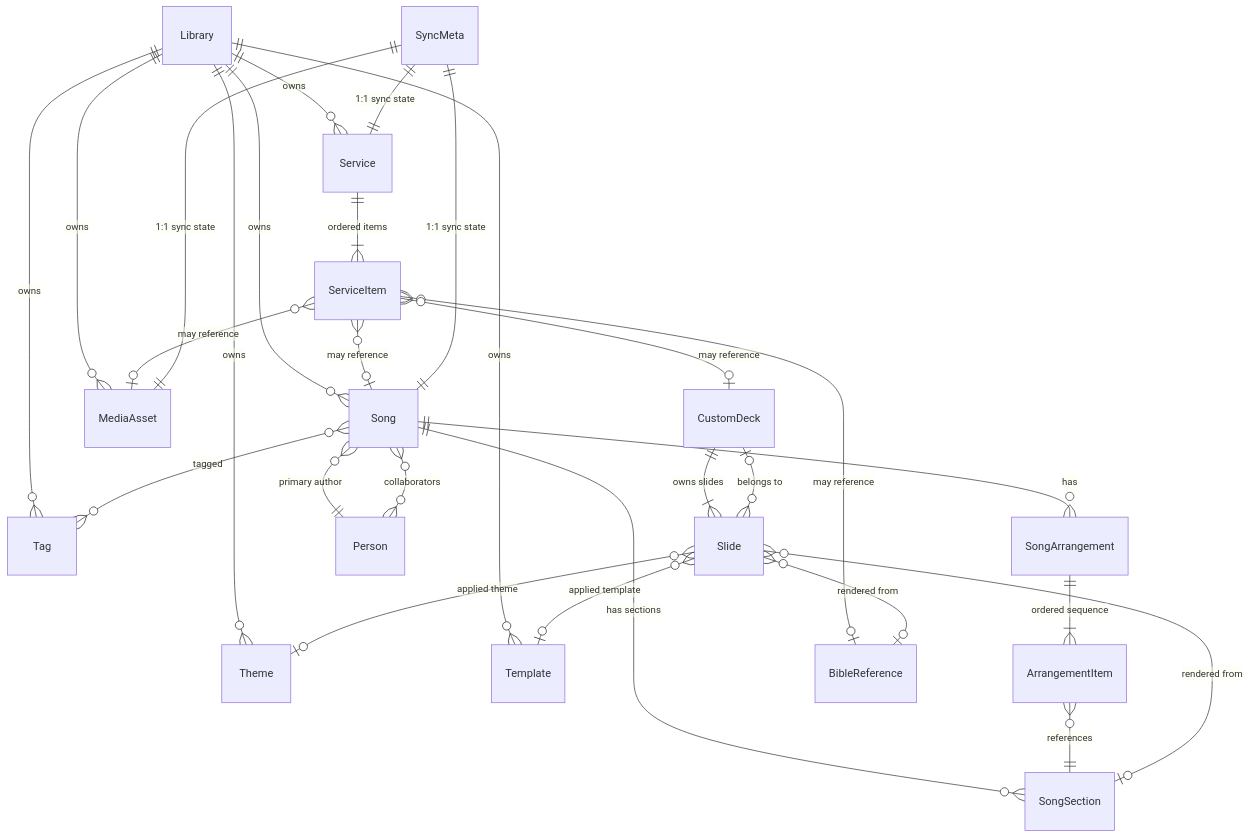
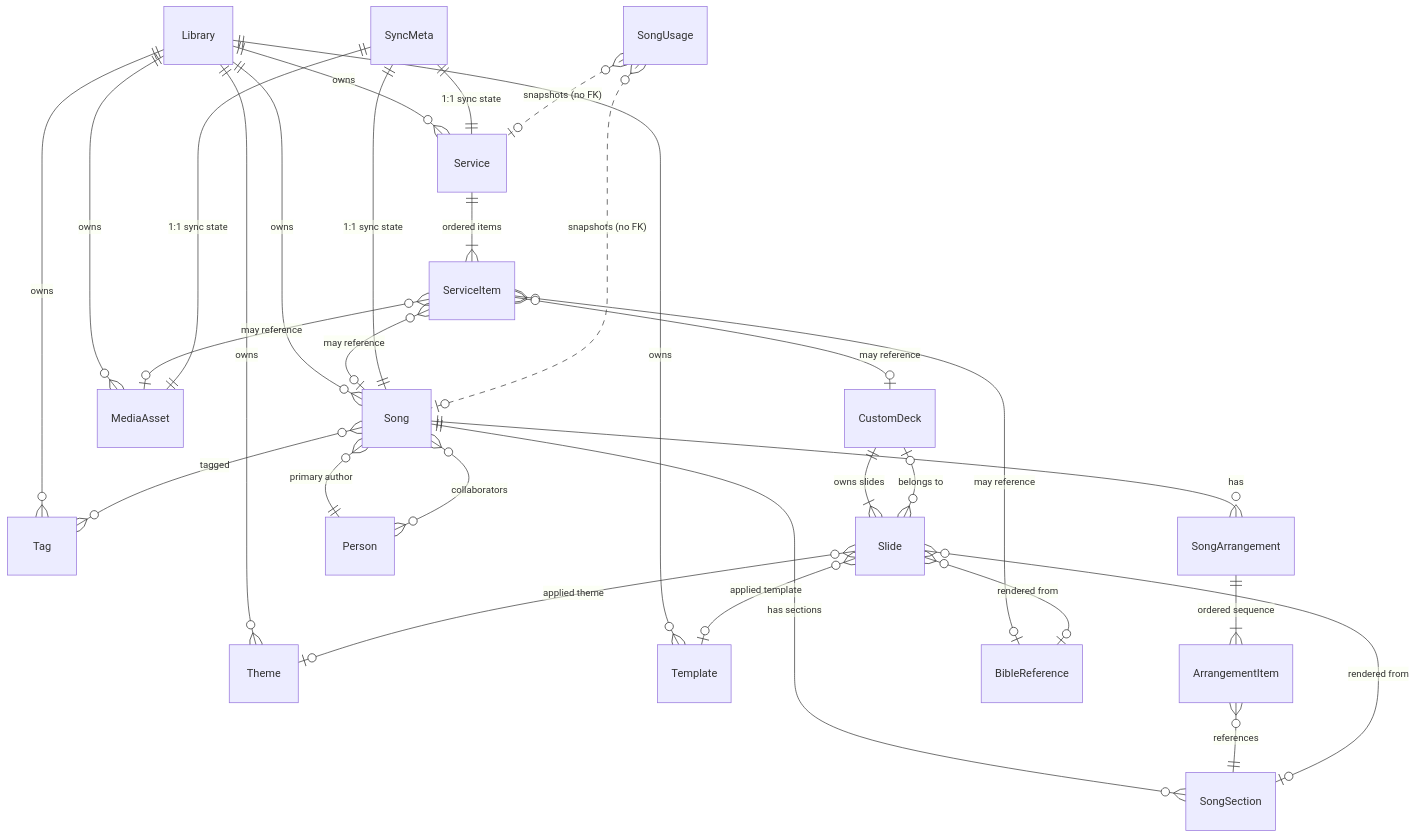
Before and after one commit to SundaySuite-app/sundaystage: the second of 2 diagrams in docs/ARCHITECTURE.md, drawn with Mermaid. The commit also changed other lines of this file and 23 other files, not shown here.

````diff
--- a/docs/ARCHITECTURE.md
+++ b/docs/ARCHITECTURE.md
@@ -45,36 +45,39 @@
 ```mermaid
 erDiagram
   Library ||--o{ Song              : "owns"
   Library ||--o{ Service           : "owns"
   Library ||--o{ MediaAsset        : "owns"
   Library ||--o{ Theme             : "owns"
   Library ||--o{ Template          : "owns"
   Library ||--o{ Tag               : "owns"
 
   Song ||--o{ SongArrangement      : "has"
   Song ||--o{ SongSection          : "has sections"
   Song }o--o{ Tag                  : "tagged"
   Song }o--|| Person               : "primary author"
   Song }o--o{ Person               : "collaborators"
 
   SongArrangement ||--|{ ArrangementItem : "ordered sequence"
   ArrangementItem }o--|| SongSection     : "references"
 
   Service ||--|{ ServiceItem       : "ordered items"
   ServiceItem }o--o| Song          : "may reference"
   ServiceItem }o--o| BibleReference: "may reference"
   ServiceItem }o--o| CustomDeck    : "may reference"
   ServiceItem }o--o| MediaAsset    : "may reference"
 
   Slide }o--o| SongSection        : "rendered from"
   Slide }o--o| BibleReference     : "rendered from"
   Slide }o--o| CustomDeck         : "belongs to"
   Slide }o--o| Theme              : "applied theme"
   Slide }o--o| Template           : "applied template"
 
   CustomDeck ||--|{ Slide          : "owns slides"
 
   SyncMeta ||--|| Song             : "1:1 sync state"
   SyncMeta ||--|| Service          : "1:1 sync state"
   SyncMeta ||--|| MediaAsset       : "1:1 sync state"
+
+  SongUsage }o..o| Song            : "snapshots (no FK)"
+  SongUsage }o..o| Service         : "snapshots (no FK)"
 ```
````
